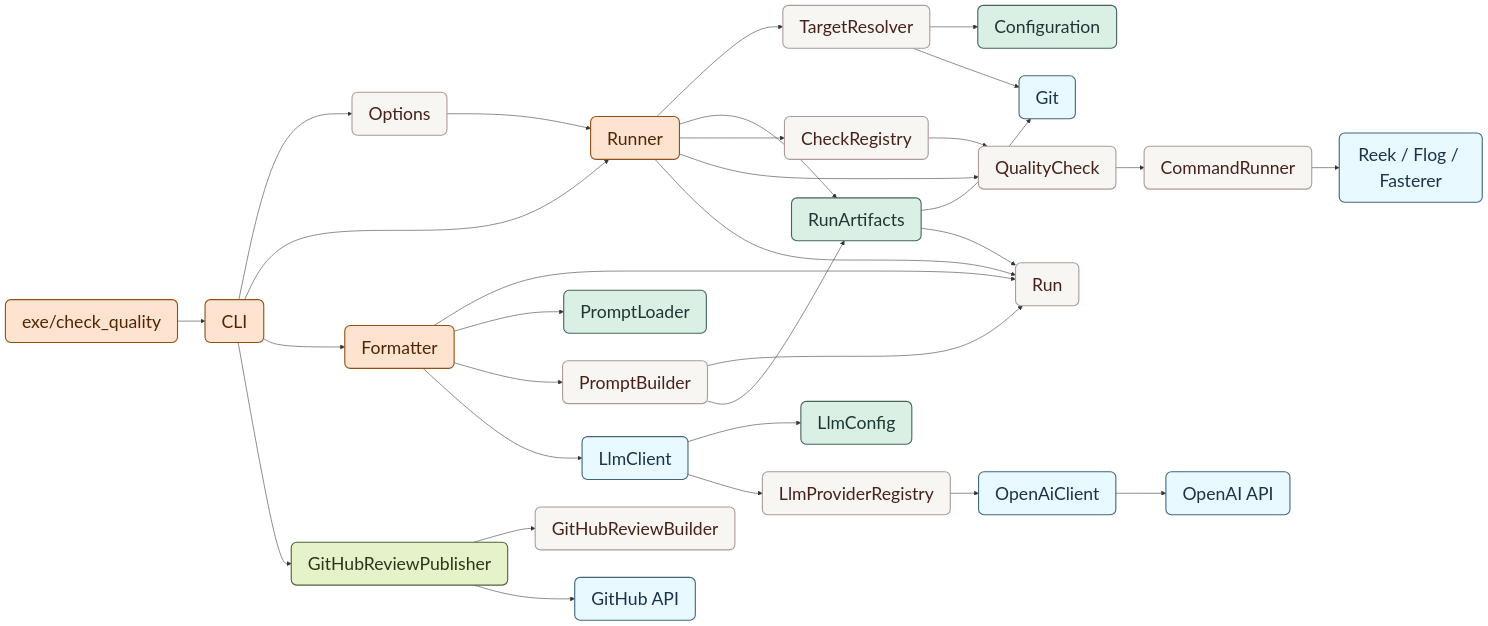
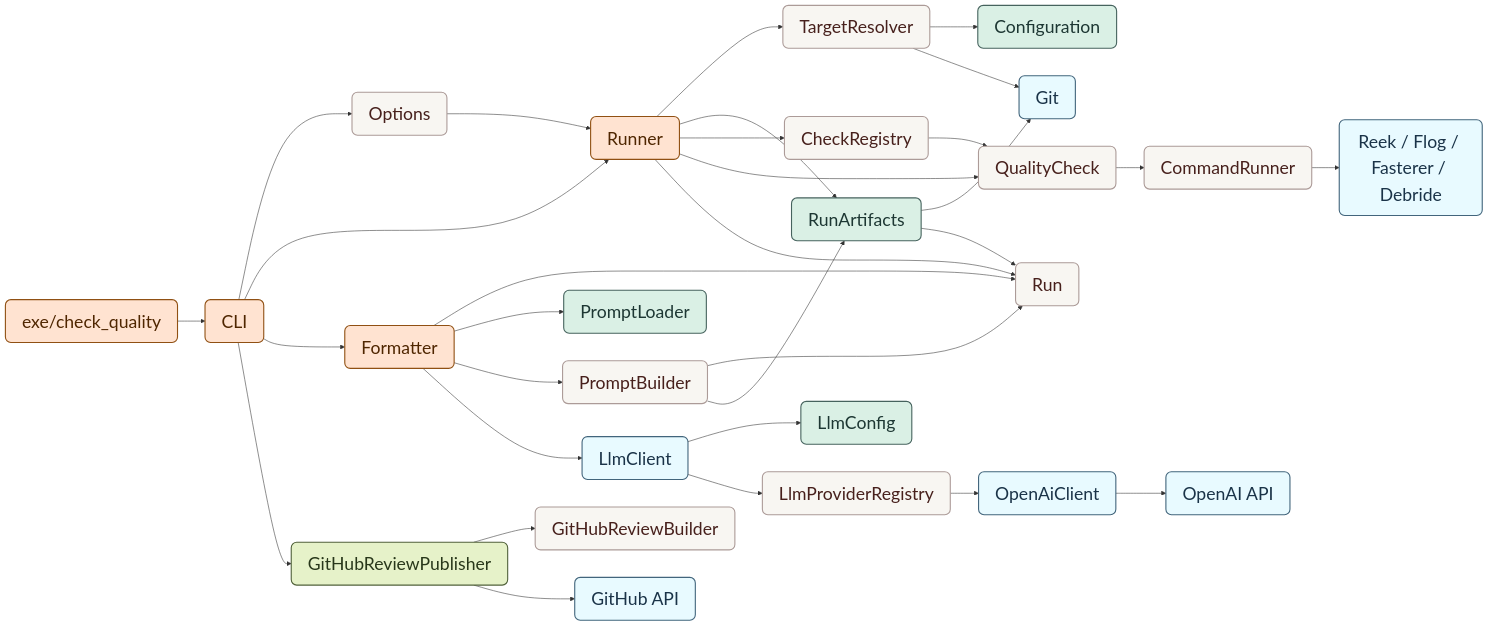
The diagram in README.md (meetcleo/cleo-quality-review), drawn with Mermaid before and after one commit. The commit also changed other lines of this file and 14 other files, not shown here.

````diff
--- a/README.md
+++ b/README.md
@@ -87,45 +90,45 @@
 ```mermaid
 %%{init: {"themeVariables": {"fontSize": "32px"}}}%%
 flowchart LR
     Executable["exe/check_quality"]:::accent --> CLI["CLI"]:::accent
     CLI --> Options["Options"]:::rounded
     CLI --> Runner["Runner"]:::accent
     CLI --> Formatter["Formatter"]:::accent
     CLI --> GitHubReviewPublisher["GitHubReviewPublisher"]:::positive
     Options --> Runner
 
     Runner --> TargetResolver["TargetResolver"]:::rounded
     TargetResolver --> Configuration["Configuration"]:::neutral
     TargetResolver --> Git["Git"]:::info
     Runner --> RunArtifacts["RunArtifacts"]:::neutral
     RunArtifacts --> Git
 
     Runner --> CheckRegistry["CheckRegistry"]:::rounded
     CheckRegistry --> QualityCheck["QualityCheck"]:::rounded
     Runner --> QualityCheck
     QualityCheck --> CommandRunner["CommandRunner"]:::rounded
-    CommandRunner --> Tools["Reek / Flog / Fasterer"]:::info
+    CommandRunner --> Tools["Reek / Flog / Fasterer / Debride"]:::info
 
     RunArtifacts --> Run["Run"]:::rounded
     Runner --> Run
 
     Formatter --> Run
     Formatter --> PromptLoader["PromptLoader"]:::neutral
     Formatter --> PromptBuilder["PromptBuilder"]:::rounded
     PromptBuilder --> Run
     PromptBuilder --> RunArtifacts
     Formatter --> LlmClient["LlmClient"]:::info
     LlmClient --> LlmConfig["LlmConfig"]:::neutral
     LlmClient --> LlmProviderRegistry["LlmProviderRegistry"]:::rounded
     LlmProviderRegistry --> OpenAiClient["OpenAiClient"]:::info
     OpenAiClient --> OpenAI["OpenAI API"]:::info
 
     GitHubReviewPublisher --> GitHubReviewBuilder["GitHubReviewBuilder"]:::rounded
     GitHubReviewPublisher --> GitHubAPI["GitHub API"]:::info
 
     classDef rounded fill:#F8F6F2,stroke:#AC9B98,stroke-width:2px,color:#47201C,rx:10,ry:10
     classDef positive fill:#E6F2C9,stroke:#51623A,stroke-width:2px,color:#28371A,rx:10,ry:10
     classDef info fill:#E8FAFF,stroke:#42657C,stroke-width:2px,color:#1A3348,rx:10,ry:10
     classDef accent fill:#FFE3D1,stroke:#905013,stroke-width:2px,color:#4F2600,rx:10,ry:10
     classDef neutral fill:#DAF0E5,stroke:#46635E,stroke-width:2px,color:#1D3733,rx:10,ry:10
 ```
````
